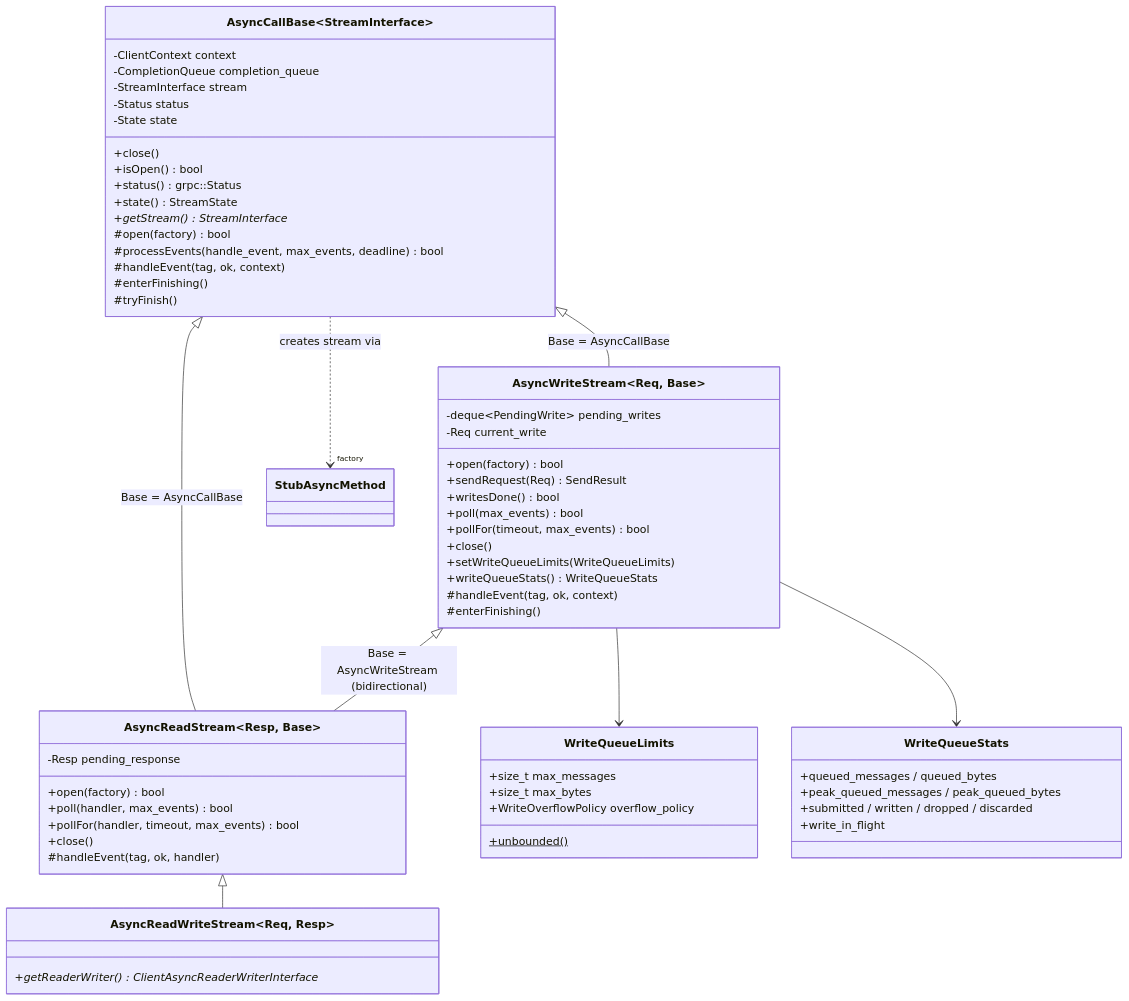
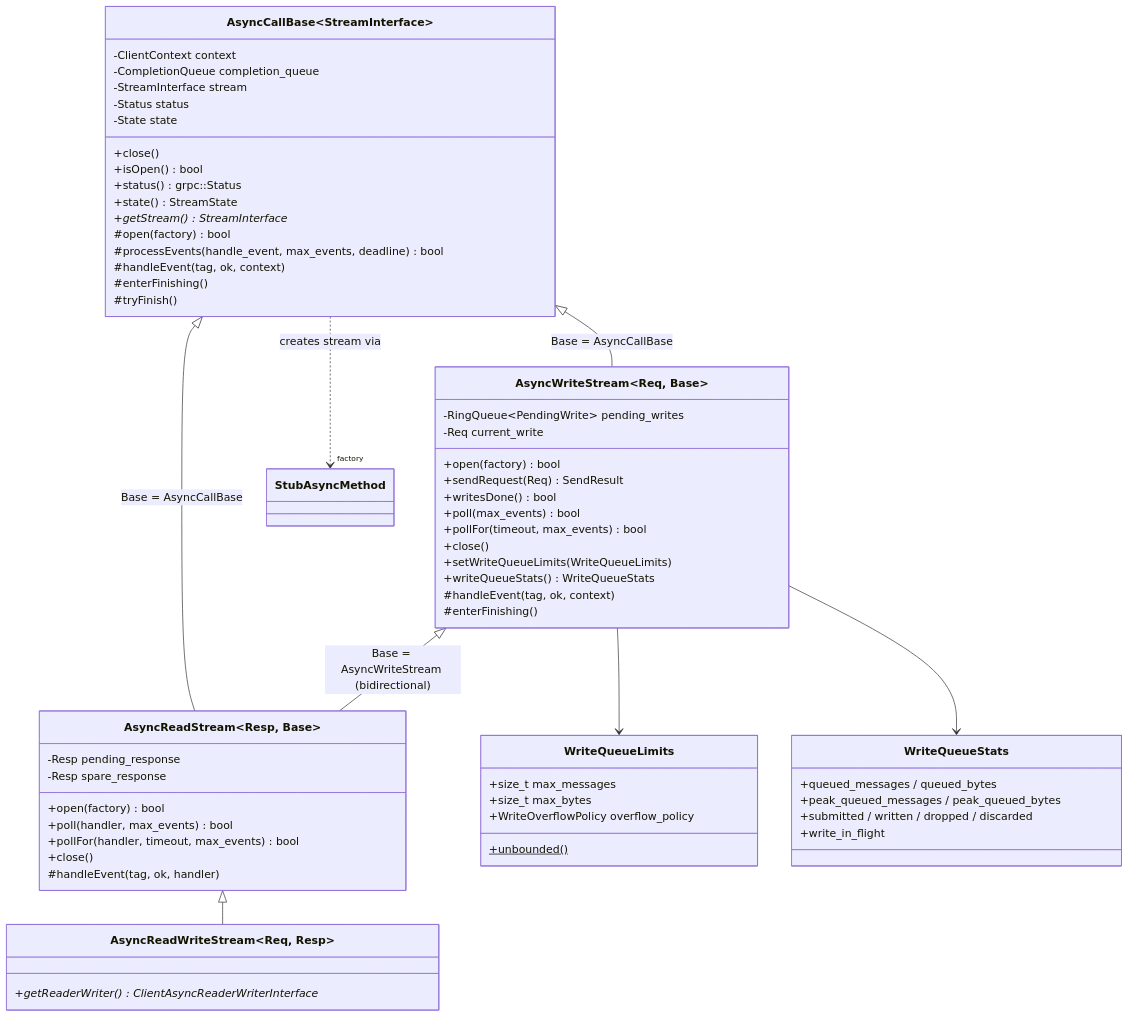
The first of 3 diagrams in README.md (egorodet/GrpcAsyncStream), drawn with Mermaid before and after one commit. The commit also changed other lines of this file and 9 other files, not shown here.

````diff
--- a/README.md
+++ b/README.md
@@ -131,64 +131,65 @@
 ```mermaid
 classDiagram
     class AsyncCallBase~StreamInterface~ {
         +close()
         +isOpen() bool
         +status() grpc::Status
         +state() StreamState
         +getStream() StreamInterface*
         #open(factory) bool
         #processEvents(handle_event, max_events, deadline) bool
         #handleEvent(tag, ok, context)
         #enterFinishing()
         #tryFinish()
         -ClientContext context
         -CompletionQueue completion_queue
         -StreamInterface stream
         -Status status
         -State state
     }
     class AsyncWriteStream~Req, Base~ {
         +open(factory) bool
         +sendRequest(Req) SendResult
         +writesDone() bool
         +poll(max_events) bool
         +pollFor(timeout, max_events) bool
         +close()
         +setWriteQueueLimits(WriteQueueLimits)
         +writeQueueStats() WriteQueueStats
         #handleEvent(tag, ok, context)
         #enterFinishing()
-        -deque~PendingWrite~ pending_writes
+        -RingQueue~PendingWrite~ pending_writes
         -Req current_write
     }
     class AsyncReadStream~Resp, Base~ {
         +open(factory) bool
         +poll(handler, max_events) bool
         +pollFor(handler, timeout, max_events) bool
         +close()
         #handleEvent(tag, ok, handler)
         -Resp pending_response
+        -Resp spare_response
     }
     class AsyncReadWriteStream~Req, Resp~ {
         +getReaderWriter() ClientAsyncReaderWriterInterface*
     }
     AsyncCallBase <|-- AsyncWriteStream : Base = AsyncCallBase
     AsyncCallBase <|-- AsyncReadStream : Base = AsyncCallBase
     AsyncWriteStream <|-- AsyncReadStream : Base = AsyncWriteStream (bidirectional)
     AsyncReadStream <|-- AsyncReadWriteStream
     class WriteQueueLimits {
         +size_t max_messages
         +size_t max_bytes
         +WriteOverflowPolicy overflow_policy
         +unbounded()$
     }
     class WriteQueueStats {
         +queued_messages / queued_bytes
         +peak_queued_messages / peak_queued_bytes
         +submitted / written / dropped / discarded
         +write_in_flight
     }
     AsyncWriteStream --> WriteQueueLimits
     AsyncWriteStream --> WriteQueueStats
     AsyncCallBase ..> "factory" StubAsyncMethod : creates stream via
 ```
````
